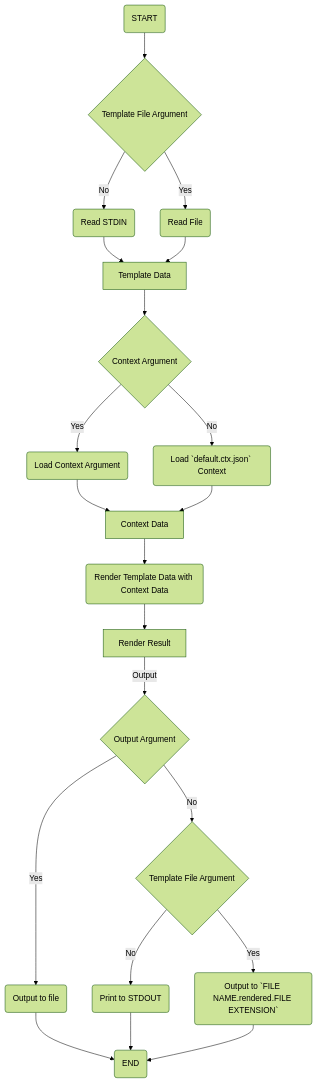
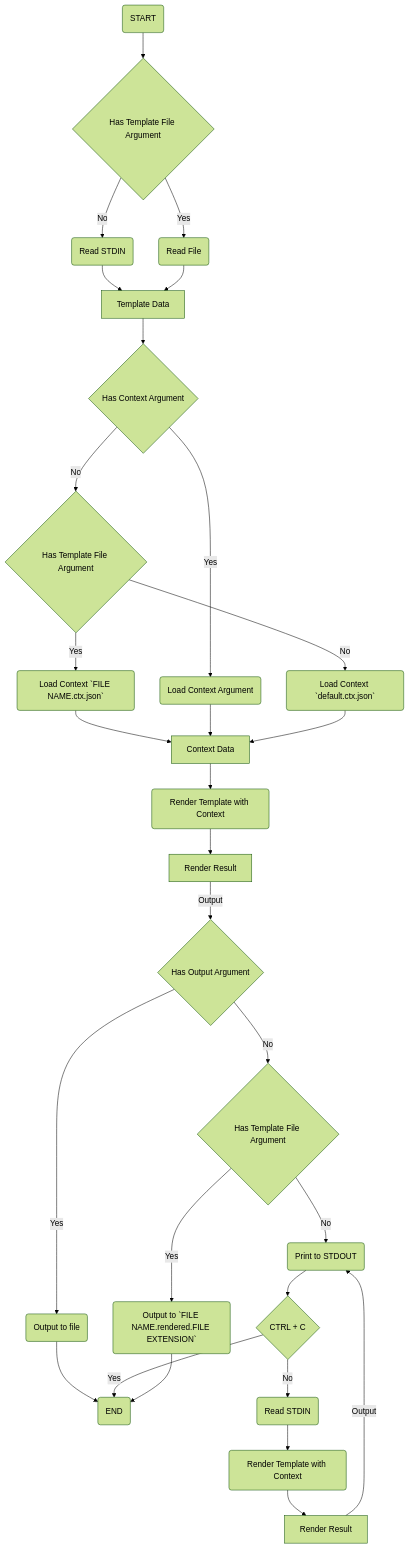
Before and after one commit to DK26/rendit: the first of 2 diagrams in rfcs/00-cli-core.md, drawn with Mermaid (forest theme). The commit also changed 2 other files, not shown here.

Commit message:
Updated CLI RFC + Started Refactory

````diff
--- a/rfcs/00-cli-core.md
+++ b/rfcs/00-cli-core.md
@@ -14,24 +14,33 @@
 ```mermaid
 graph TD;
-    Z(START)-->A{Template File Argument};
+    Z(START)-->A{Has Template File Argument};
     A-->|Yes| B(Read File);
     A-->|No| F(Read STDIN);
     F-->Q;
     B-->Q;
-    Q[Template Data]-->C{Context Argument};
+    Q[Template Data]-->C{Has Context Argument};
+    C-->|No| T;
+    T{Has Template File Argument};
+    T-->|Yes| Y;
+    Y(Load Context `FILE NAME.ctx.json`)-->W;
     C-->|Yes| E(Load Context Argument);
-    C-->|No| D(Load `default.ctx.json` Context);
+    T-->|No| D(Load Context `default.ctx.json`);
     E-->W;
     D-->W;
-    W[Context Data]-->G(Render Template Data with Context Data);
+    W[Context Data]-->G(Render Template with Context);
     G-->R;
-    R[Render Result]-->|Output|H{Output Argument};
-    H-->|No|L{Template File Argument};
-    H-->|Yes|O(Output to file)
+    R[Render Result]-->|Output|H{Has Output Argument};
+    H-->|No| L{Has Template File Argument};
+    H-->|Yes| O(Output to file)
     O-->X;
-    L-->|Yes|J(Output to `FILE NAME.rendered.FILE EXTENSION`);
-    L-->|No|K(Print to STDOUT);
-    K-->X;
+    L-->|Yes| J(Output to `FILE NAME.rendered.FILE EXTENSION`);
+    L-->|No| K(Print to STDOUT);
+    K-->P{CTRL + C};
+    U(Read STDIN)-->I(Render Template with Context)
+    I--> M[Render Result]
+    M-->|Output| K
+    P-->|Yes| X
+    P-->|No| U
     J-->X;
     X(END)
 ```  
````
